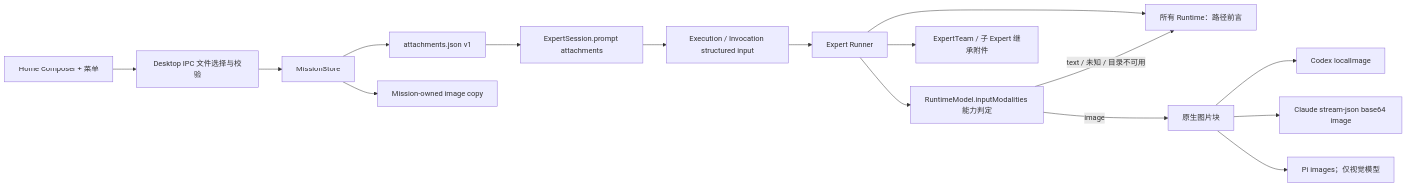
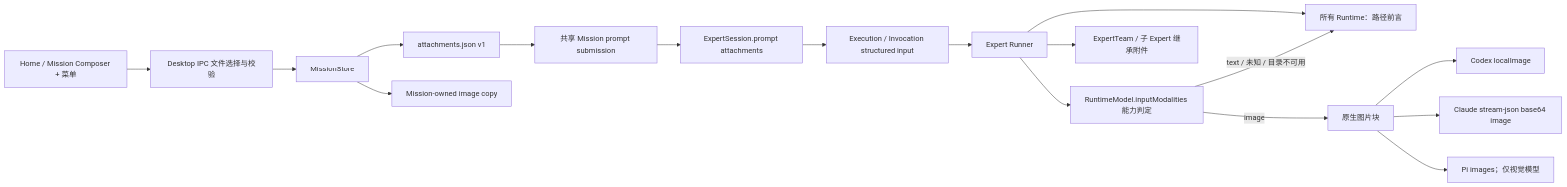
One commit to pqpo/pragma changed the diagram in docs/architecture/mission-attachments-and-multimodal-input.md. Above: the diagram before and after it, drawn with Mermaid. The commit also changed other lines of this file and 21 other files, not shown here.

````diff
--- a/docs/architecture/mission-attachments-and-multimodal-input.md
+++ b/docs/architecture/mission-attachments-and-multimodal-input.md
@@ -21,18 +21,19 @@
 ```mermaid
 flowchart LR
-  UI["Home Composer + 菜单"] --> IPC["Desktop IPC 文件选择与校验"]
+  UI["Home / Mission Composer + 菜单"] --> IPC["Desktop IPC 文件选择与校验"]
   IPC --> Store["MissionStore"]
   Store --> Manifest["attachments.json v1"]
   Store --> ImageCopy["Mission-owned image copy"]
-  Manifest --> Session["ExpertSession.prompt attachments"]
+  Manifest --> Submit["共享 Mission prompt submission"]
+  Submit --> Session["ExpertSession.prompt attachments"]
   Session --> Execution["Execution / Invocation structured input"]
   Execution --> Core["Expert Runner"]
   Core --> Text["所有 Runtime：路径前言"]
   Core --> Capability["RuntimeModel.inputModalities 能力判定"]
   Capability -->|image| Native["原生图片块"]
   Capability -->|text / 未知 / 目录不可用| Text
   Native --> Codex["Codex localImage"]
   Native --> Claude["Claude stream-json base64 image"]
   Native --> Pi["Pi images；仅视觉模型"]
   Core --> Child["ExpertTeam / 子 Expert 继承附件"]
 ```
````
